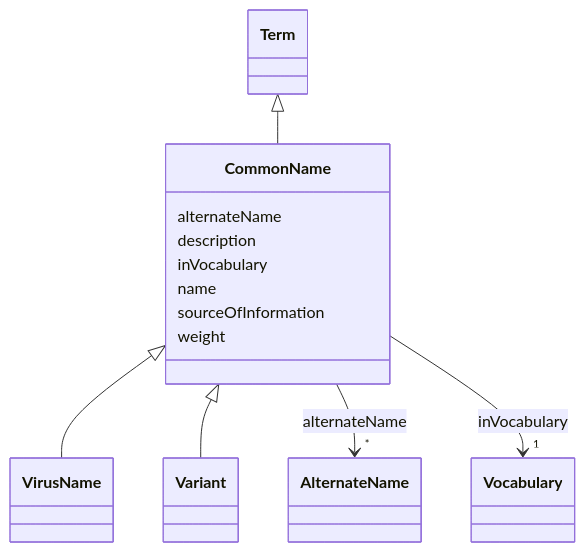
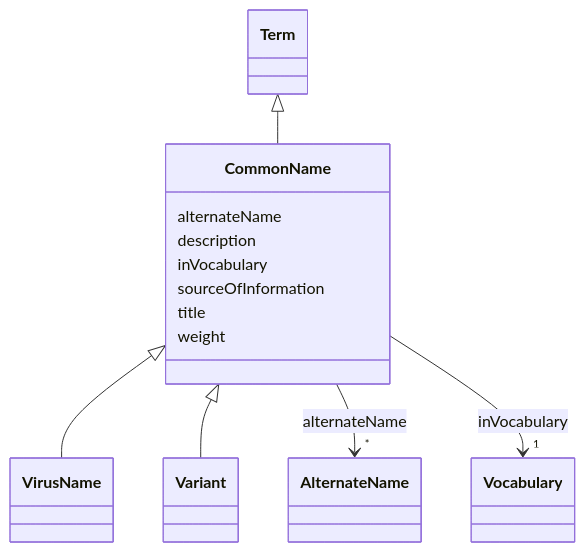
One commit to EVORA-project/evora-ontology changed the diagram in models/docs/CommonName.md. Above: the diagram before and after it, drawn with Mermaid. The commit also changed other lines of this file and 435 other files, not shown here.

````diff
--- a/models/docs/CommonName.md
+++ b/models/docs/CommonName.md
@@ -19,42 +19,42 @@
 ```mermaid
  classDiagram
     class CommonName
     click CommonName href "../CommonName"
       Term <|-- CommonName
         click Term href "../Term"
       
 
       CommonName <|-- VirusName
         click VirusName href "../VirusName"
       CommonName <|-- Variant
         click Variant href "../Variant"
       
       
       CommonName : alternateName
         
           
     
     
     CommonName --> "*" AlternateName : alternateName
     click AlternateName href "../AlternateName"
 
         
       CommonName : description
         
       CommonName : inVocabulary
         
           
     
     
     CommonName --> "1" Vocabulary : inVocabulary
     click Vocabulary href "../Vocabulary"
 
         
-      CommonName : name
+      CommonName : sourceOfInformation
         
-      CommonName : sourceOfInformation
+      CommonName : title
         
       CommonName : weight
         
       
 ```
````
